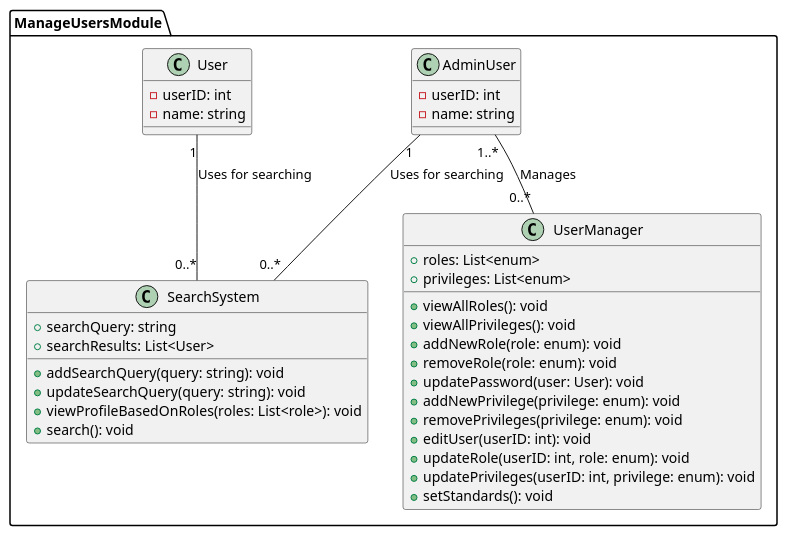
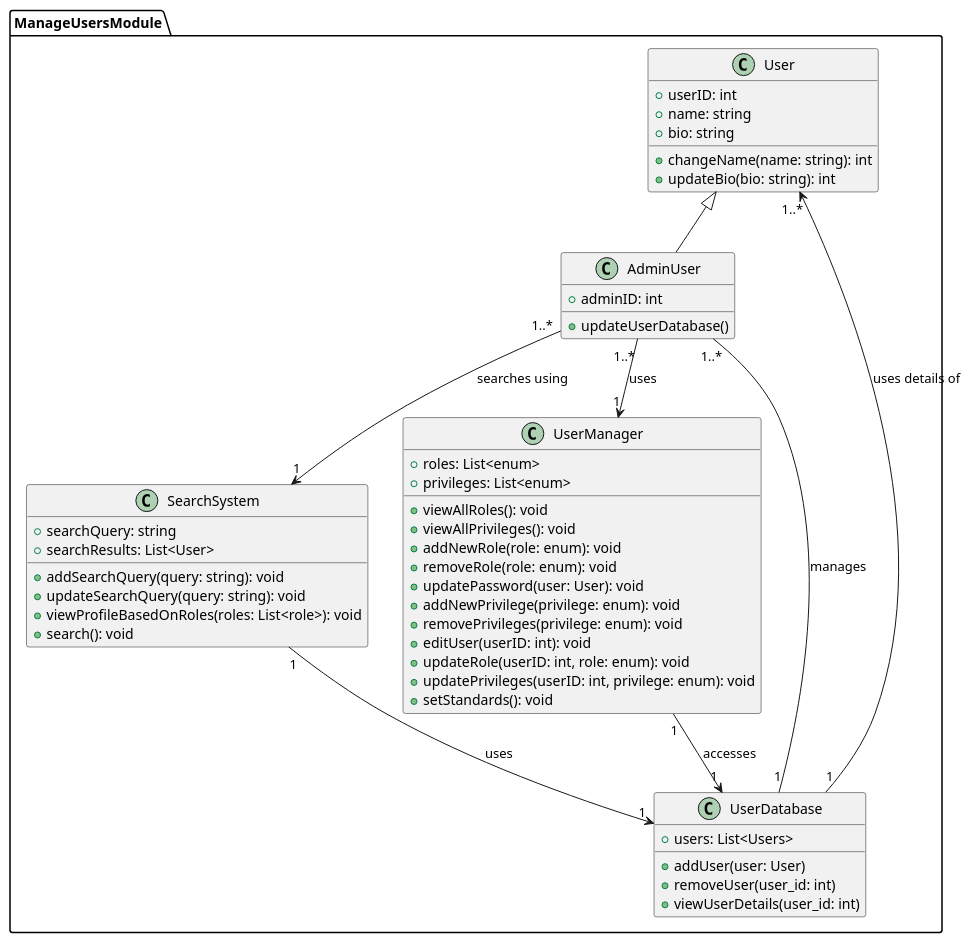
One commit to anshium/DASS-Assignment-3-IMS-System-Design changed the diagram in manage_users.plantuml. Above: the diagram before and after it, drawn with PlantUML.

Commit message:
update manage_users

```diff
--- a/manage_users.plantuml
+++ b/manage_users.plantuml
@@ -1,43 +1,59 @@
 @startuml manageUsers
 package ManageUsersModule {
-    class AdminUser {
-        - userID: int
-        - name: string
-    }
     class User {
-        - userID: int
-        - name: string
+        + userID: int
+        + name: string
+        + bio: string
+
+        + changeName(name: string): int
+        + updateBio(bio: string): int
     }
 
+    class AdminUser extends User {
+        + adminID: int
+
+        + updateUserDatabase()
+    }
     class SearchSystem {
         + searchQuery: string
         + searchResults: List<User>
 
         + addSearchQuery(query: string): void
         + updateSearchQuery(query: string): void
         + viewProfileBasedOnRoles(roles: List<role>): void
         + search(): void
     }
 
     class UserManager {
         + roles: List<enum>
         + privileges: List<enum>
         
         + viewAllRoles(): void
         + viewAllPrivileges(): void
         + addNewRole(role: enum): void
         + removeRole(role: enum): void
         + updatePassword(user: User): void
         + addNewPrivilege(privilege: enum): void
         + removePrivileges(privilege: enum): void
         + editUser(userID: int): void
         + updateRole(userID: int, role: enum): void
         + updatePrivileges(userID: int, privilege: enum): void
         + setStandards(): void
     }
 
-    User "1" -- "0..*" SearchSystem : "Uses for searching"
-    AdminUser "1" -- "0..*" SearchSystem : "Uses for searching"
-    AdminUser "1..*" -- "0..*" UserManager : "Manages"
+    class UserDatabase {
+        + users: List<Users>
+
+        + addUser(user: User)
+        + removeUser(user_id: int)
+        + viewUserDetails(user_id: int)
+    }
+
+    AdminUser "1..*" -- "1" UserDatabase: manages
+    User "1..*" <-- "1" UserDatabase: uses details of
+    AdminUser "1..*" --> "1" SearchSystem: searches using
+    AdminUser "1..*" --> "1" UserManager: uses
+    UserManager "1" --> "1" UserDatabase: accesses
+    SearchSystem "1" --> "1" UserDatabase: uses
 }
 @enduml
```
